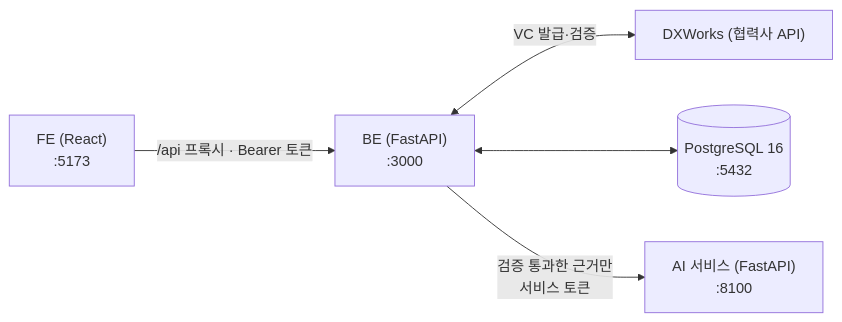
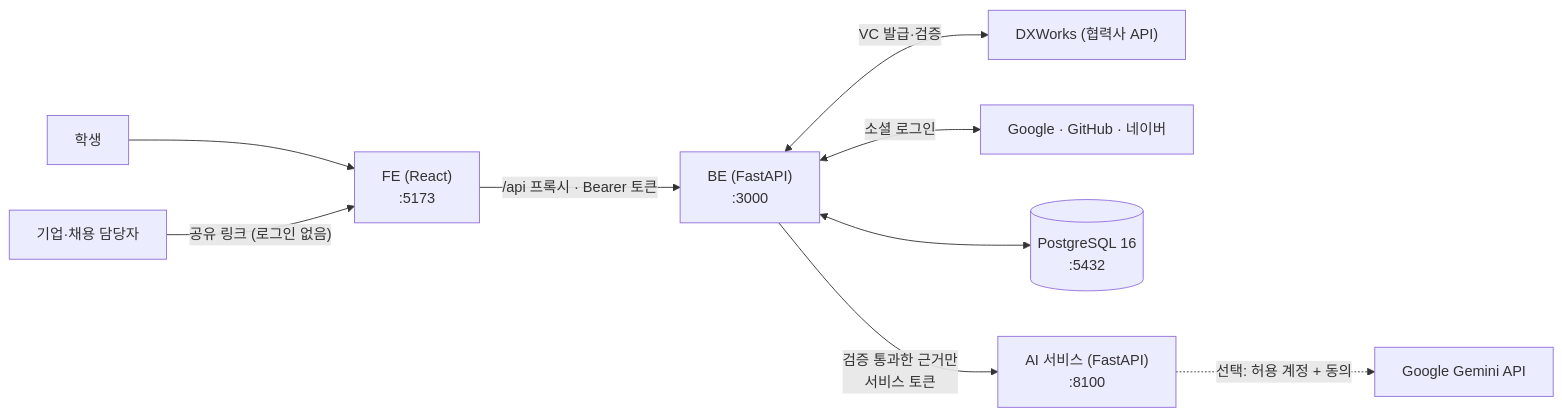
The diagram in README.md (HYUJIM/VC_AI_Career_agent), drawn with Mermaid before and after one commit. The commit also changed other lines of this file and 67 other files, not shown here.

````diff
--- a/README.md
+++ b/README.md
@@ -14,7 +37,11 @@
 ```mermaid
 flowchart LR
-    FE["FE (React)<br/>:5173"] -->|"/api 프록시 · Bearer 토큰"| BE["BE (FastAPI)<br/>:3000"]
+    S["학생"] --> FE["FE (React)<br/>:5173"]
+    C["기업·채용 담당자"] -->|"공유 링크 (로그인 없음)"| FE
+    FE -->|"/api 프록시 · Bearer 토큰"| BE["BE (FastAPI)<br/>:3000"]
     BE <-->|"VC 발급·검증"| DX["DXWorks (협력사 API)"]
+    BE <-->|"소셜 로그인"| OA["Google · GitHub · 네이버"]
     BE <--> DB[("PostgreSQL 16<br/>:5432")]
     BE -->|"검증 통과한 근거만<br/>서비스 토큰"| AI["AI 서비스 (FastAPI)<br/>:8100"]
+    AI -.->|"선택: 허용 계정 + 동의"| GM["Google Gemini API"]
 ```
````
